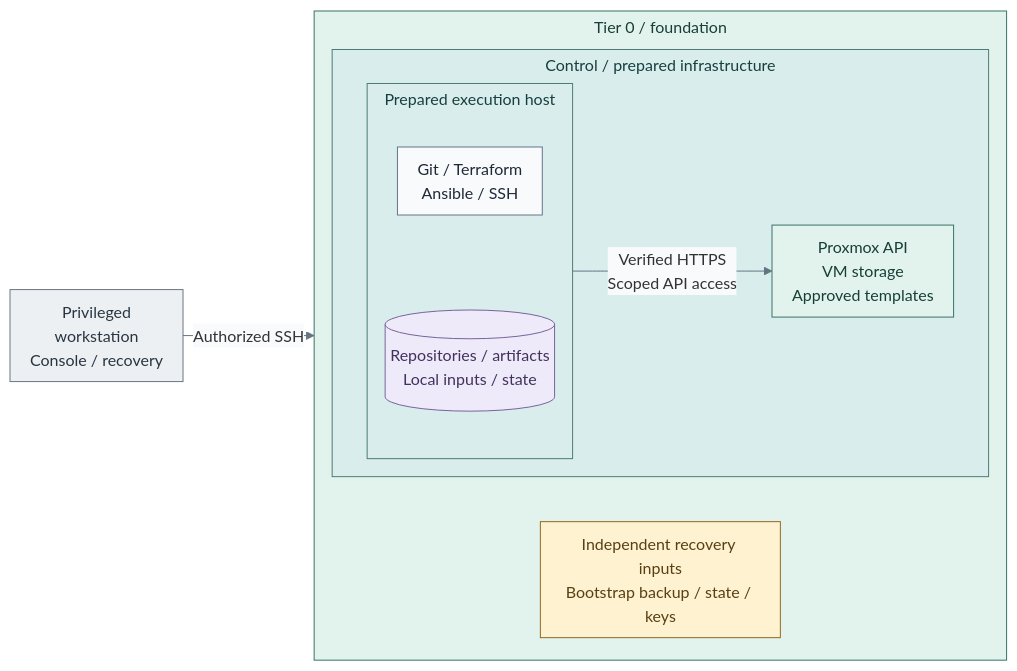
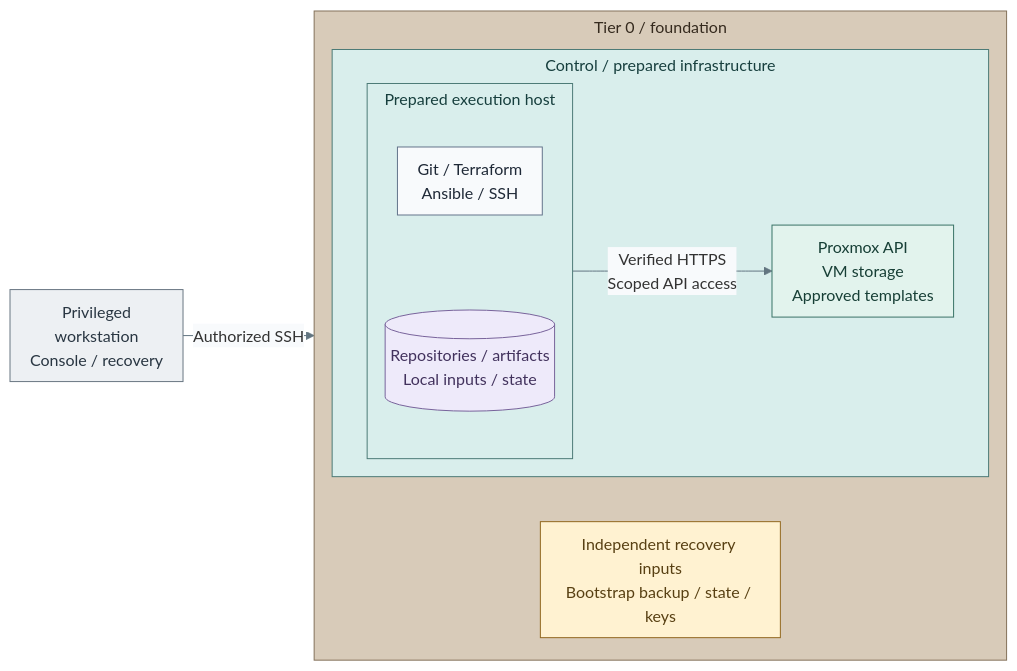
The diagram in docs/03-deployment/foundation/README.md (Rexus/homelab), drawn with Mermaid before and after one commit. The commit also changed 108 other files, not shown here.

Commit message:
docs(diagrams): unify visual language and opening views

````diff
--- a/docs/03-deployment/foundation/README.md
+++ b/docs/03-deployment/foundation/README.md
@@ -9,33 +9,35 @@
 ```mermaid
 %%{init: {"theme":"base","flowchart":{"nodeSpacing":16,"rankSpacing":20,"padding":10,"subGraphTitleMargin":{"top":4,"bottom":12}},"themeVariables":{"lineColor":"#627581","edgeLabelBackground":"#f8fafc"}}}%%
 flowchart LR
   Admin["Privileged<br/>workstation<br/>Console / recovery"]
   subgraph T0["Tier 0 / foundation"]
     direction TB
     subgraph Connected["Control / prepared infrastructure"]
       direction LR
       subgraph Execute["Prepared execution host"]
         direction TB
         Tools["Git / Terraform<br/>Ansible / SSH"]
         Workspace[("Repositories / artifacts<br/>Local inputs / state")]
         Tools ~~~ Workspace
       end
       Hosts["Proxmox API<br/>VM storage<br/>Approved templates"]
       Execute -->|Verified HTTPS<br/>Scoped API access| Hosts
     end
     Recovery["Independent recovery inputs<br/>Bootstrap backup / state / keys"]
     Connected ~~~ Recovery
   end
   Admin -->|Authorized SSH| T0
   classDef default fill:#f8fafc,stroke:#64748b,color:#1f2937
   classDef control fill:#e2f3ed,stroke:#397366,color:#173f36
   classDef runtime fill:#d9eeec,stroke:#4d7b77,color:#173f3e
   classDef actor fill:#edf0f3,stroke:#697682,color:#293642
   classDef data fill:#eeeafa,stroke:#78639b,color:#42325d
   classDef custody fill:#fff2d1,stroke:#926820,color:#584013
-  class T0,Hosts control
+  class Hosts control
   class Connected,Execute runtime
   class Admin actor
   class Workspace data
   class Recovery custody
+  classDef tier0 fill:#d8cbb9,stroke:#83715a,color:#352a1e
+  class T0 tier0
 ```
````
